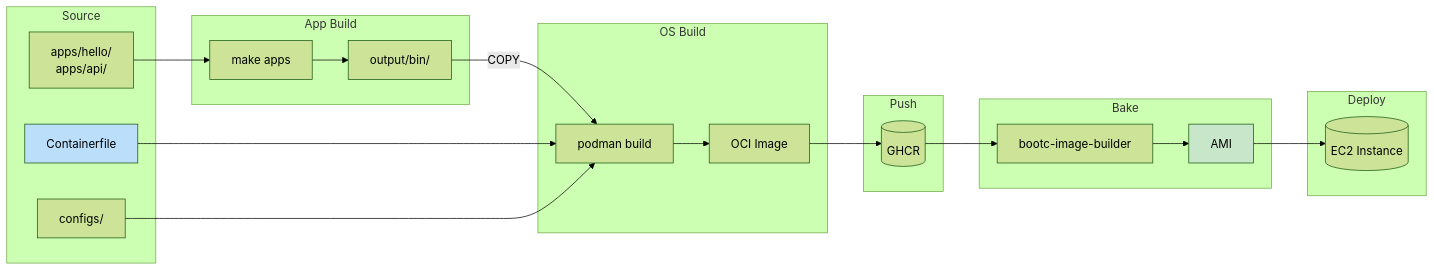
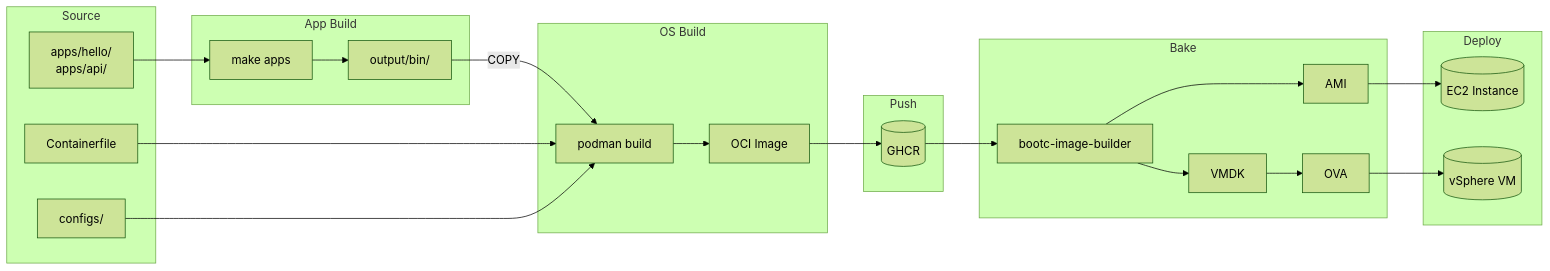
One commit to duyhenryer/bootc-testboot changed the second of 6 diagrams in docs/000-architecture-overview.md. Above: the diagram before and after it, drawn with Mermaid (forest theme). The commit also changed other lines of this file and 24 other files, not shown here.

````diff
--- a/docs/000-architecture-overview.md
+++ b/docs/000-architecture-overview.md
@@ -56,36 +56,36 @@
 ```mermaid
 flowchart LR
     subgraph Source["Source"]
         APPS[apps/hello/\napps/api/]
         CF[Containerfile]
         CONFIGS[configs/]
     end
 
     subgraph AppBuild["App Build"]
         APPS --> MA[make apps]
         MA --> BIN[output/bin/]
     end
 
     subgraph OSBuild["OS Build"]
         BIN -->|COPY| PB[podman build]
         CF --> PB
         CONFIGS --> PB
         PB --> OCI[OCI Image]
     end
 
     subgraph Push["Push"]
         OCI --> GHCR[("GHCR")]
     end
 
     subgraph Bake["Bake"]
         GHCR --> BIB[bootc-image-builder]
         BIB --> AMI[AMI]
+        BIB --> VMDK[VMDK]
+        VMDK --> OVA[OVA]
     end
 
     subgraph Deploy["Deploy"]
         AMI --> EC2[("EC2 Instance")]
+        OVA --> VS[("vSphere VM")]
     end
-
-    style CF fill:#bbdefb
-    style AMI fill:#c8e6c9
 ```
````
